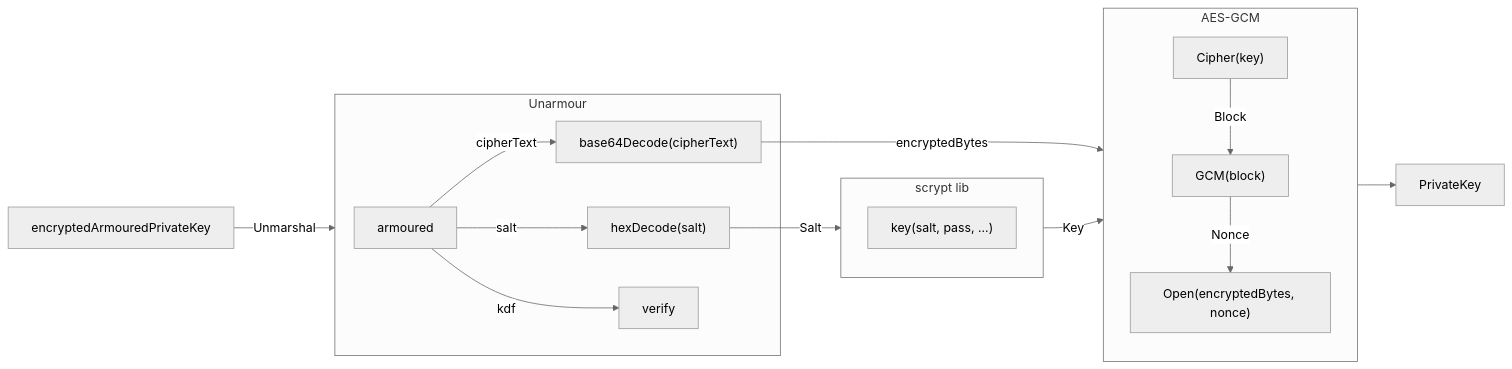
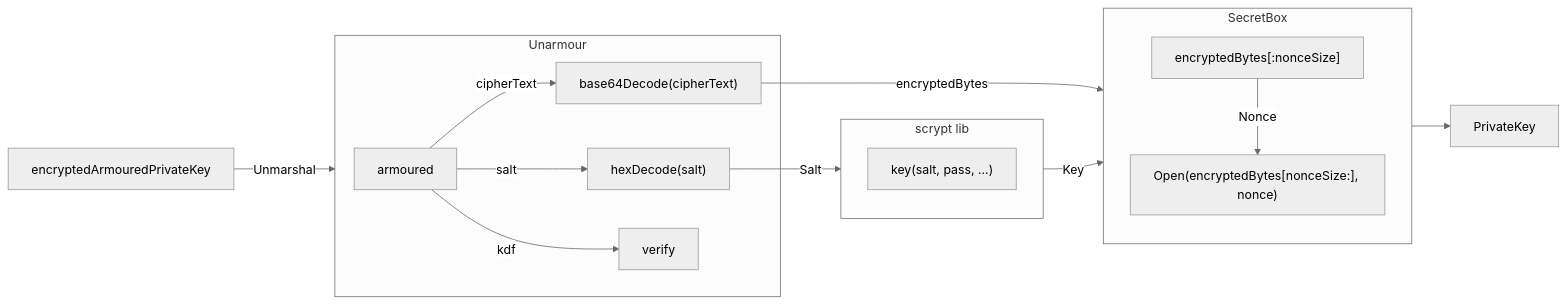
One commit to pokt-network/pocket changed the second of 4 diagrams in shared/crypto/README.md. Above: the diagram before and after it, drawn with Mermaid (neutral theme). The commit also changed other lines of this file and 1 other file, not shown here.

Commit message:
Update docs and diagrams

````diff
--- a/shared/crypto/README.md
+++ b/shared/crypto/README.md
@@ -78,29 +76,27 @@
 ```mermaid
 flowchart LR
     subgraph U[Unarmour]
         armoured
         B["hexDecode(salt)"]
         C["base64Decode(cipherText)"]
         D["verify"]
         armoured--salt-->B
         armoured--cipherText-->C
         armoured--kdf-->D
 
     end
     subgraph S[scrypt lib]
         E["key(salt, pass, ...)"]
     end
-    subgraph AES-GCM
+    subgraph SecretBox
         direction TB
-        F["Cipher(key)"]
-        G["GCM(block)"]
-        H["Open(encryptedBytes, nonce)"]
-        F--Block-->G
-        G--Nonce-->H
+        F["encryptedBytes[:nonceSize]"]
+        H["Open(encryptedBytes[nonceSize:], nonce)"]
+        F--Nonce-->H
     end
     encryptedArmouredPrivateKey --Unmarshal--> U
     B--Salt-->S
-    C--encryptedBytes-->AES-GCM
-    S--Key-->AES-GCM
-    AES-GCM-->PrivateKey
+    C--encryptedBytes-->SecretBox
+    S--Key-->SecretBox
+    SecretBox-->PrivateKey
 ```
````
